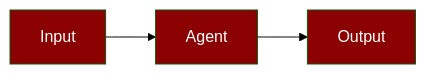
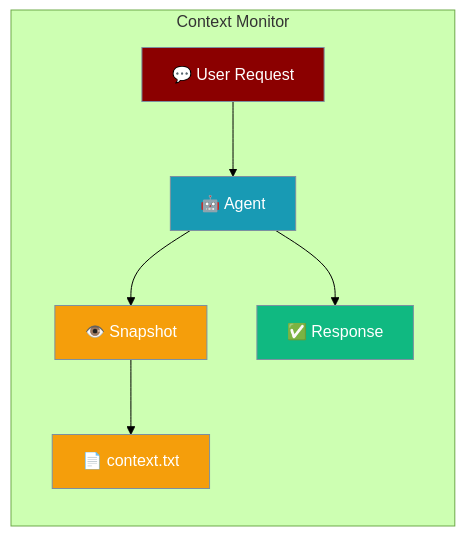
One commit to MervinPraison/PraisonAIDocs changed the first of 2 diagrams in docs/features/context-monitor.mdx. Above: the diagram before and after it, drawn with Mermaid (forest theme). The commit also changed other lines of this file and 11 other files, not shown here.

First line of the commit message:
docs: Phase 0+1 compliance fixes — frontmatter, Steps, sequenceDiagram, graph LR (fixes #1513)

````diff
--- a/docs/features/context-monitor.mdx
+++ b/docs/features/context-monitor.mdx
@@ -27,10 +27,19 @@
 ```mermaid
-flowchart LR
-    In[Input] --> Agent[Agent]
-    Agent --> Out[Output]
+graph LR
+    subgraph "Context Monitor"
+        In[💬 User Request] --> Agent[🤖 Agent]
+        Agent --> Monitor[👁️ Snapshot]
+        Monitor --> File[📄 context.txt]
+        Agent --> Out[✅ Response]
+    end
 
-    classDef agent fill:#8B0000,color:#fff
-    classDef tool fill:#189AB4,color:#fff
+    classDef agent fill:#8B0000,stroke:#7C90A0,color:#fff
+    classDef monitor fill:#189AB4,stroke:#7C90A0,color:#fff
+    classDef file fill:#F59E0B,stroke:#7C90A0,color:#fff
+    classDef output fill:#10B981,stroke:#7C90A0,color:#fff
 
-    class In,Agent,Out agent
+    class In agent
+    class Agent monitor
+    class Monitor,File file
+    class Out output
 ```
````
